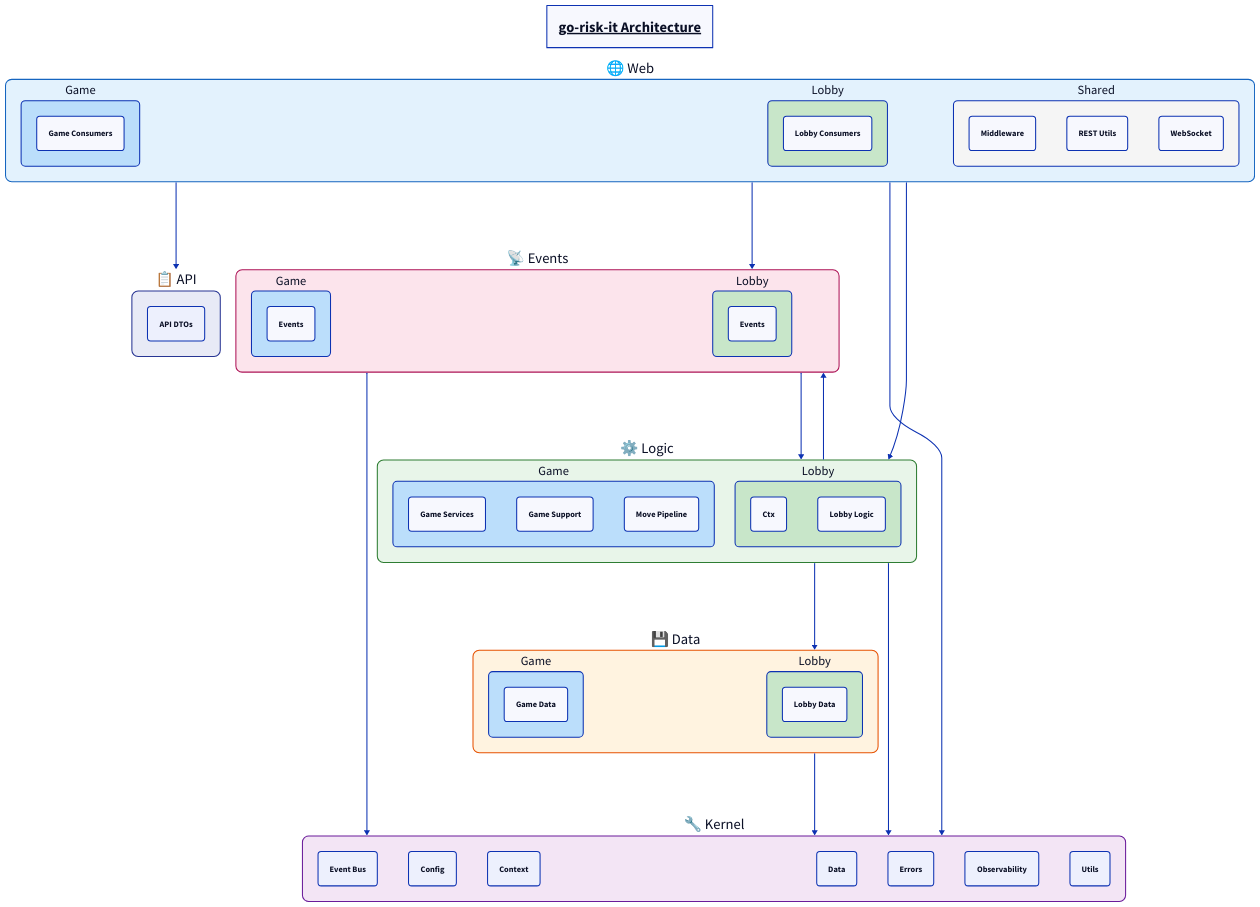
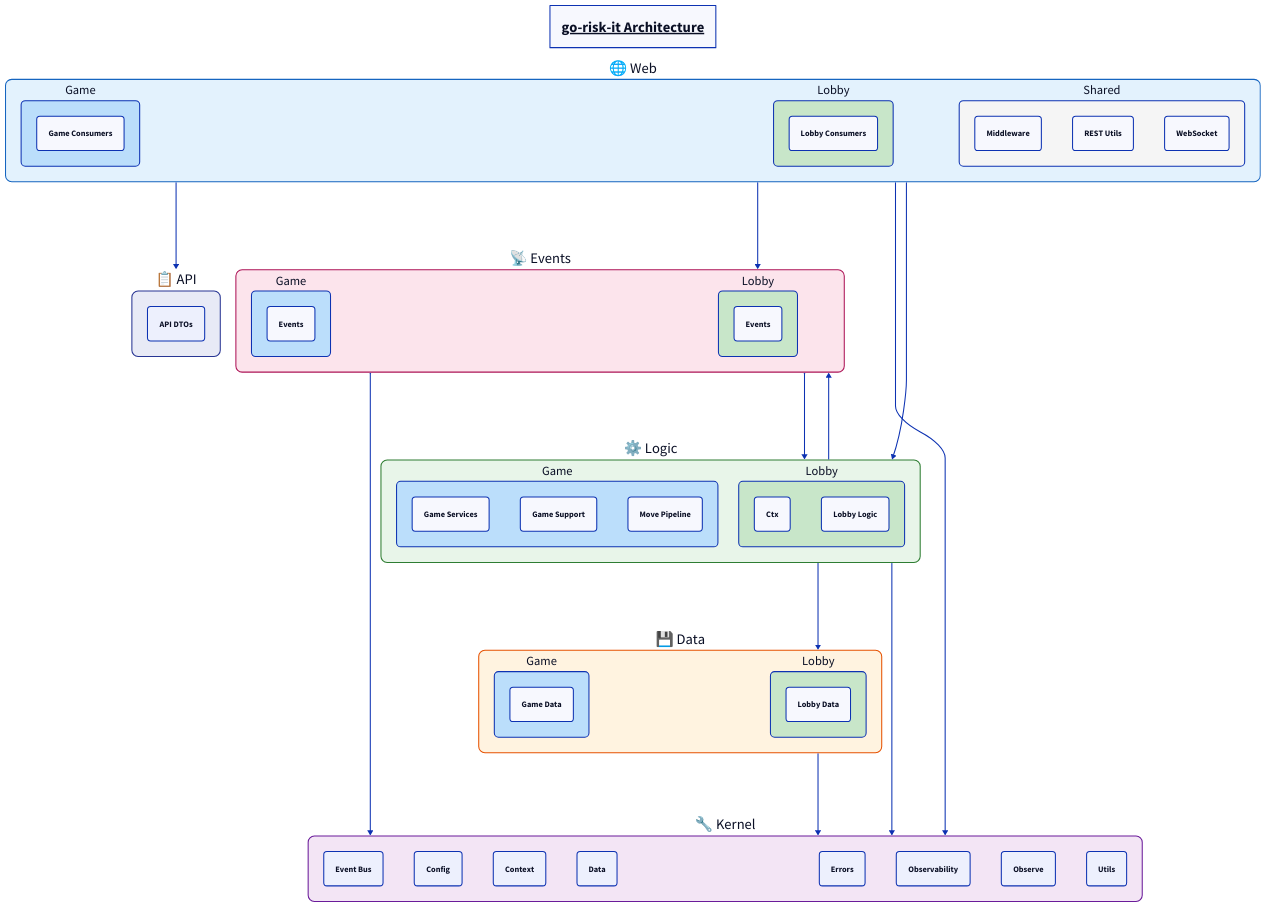
Before and after one commit to go-risk-it/go-risk-it: the diagram in docs/architecture-diagram.d2, drawn with D2. The commit also changed 113 other files, not shown here.

```diff
--- a/docs/architecture-diagram.d2
+++ b/docs/architecture-diagram.d2
@@ -1,160 +1,163 @@
 # Architecture diagram — auto-generated by cmd/archdiagram.
 # Do not edit manually; run 'make diagrams' to regenerate.
 
 title: go-risk-it Architecture {
   near: top-center
   style.font-size: 28
   style.underline: true
 }
 
 direction: down
 
 api: "📋 API" {
   style.fill: "#E8EAF6"
   style.stroke: "#283593"
   style.border-radius: 12
   api_dtos: "API DTOs" {
     style.border-radius: 6
   }
 }
 
 web: "🌐 Web" {
   style.fill: "#E3F2FD"
   style.stroke: "#1565C0"
   style.border-radius: 12
   game: "Game" {
     style.fill: "#BBDEFB"
     style.border-radius: 8
     game_consumers: "Game Consumers" {
       style.border-radius: 6
     }
   }
   lobby: "Lobby" {
     style.fill: "#C8E6C9"
     style.border-radius: 8
     lobby_consumers: "Lobby Consumers" {
       style.border-radius: 6
     }
   }
   shared: "Shared" {
     style.fill: "#F5F5F5"
     style.border-radius: 8
     middleware: "Middleware" {
       style.border-radius: 6
     }
     rest_utils: "REST Utils" {
       style.border-radius: 6
     }
     websocket: "WebSocket" {
       style.border-radius: 6
     }
   }
 }
 
 events: "📡 Events" {
   style.fill: "#FCE4EC"
   style.stroke: "#AD1457"
   style.border-radius: 12
   game: "Game" {
     style.fill: "#BBDEFB"
     style.border-radius: 8
     game_events: "Events" {
       style.border-radius: 6
     }
   }
   lobby: "Lobby" {
     style.fill: "#C8E6C9"
     style.border-radius: 8
     lobby_events: "Events" {
       style.border-radius: 6
     }
   }
 }
 
 logic: "⚙️ Logic" {
   style.fill: "#E8F5E9"
   style.stroke: "#2E7D32"
   style.border-radius: 12
   game: "Game" {
     style.fill: "#BBDEFB"
     style.border-radius: 8
     game_services: "Game Services" {
       style.border-radius: 6
     }
     game_support: "Game Support" {
       style.border-radius: 6
     }
     move_pipeline: "Move Pipeline" {
       style.border-radius: 6
     }
   }
   lobby: "Lobby" {
     style.fill: "#C8E6C9"
     style.border-radius: 8
     lobby_ctx: "Ctx" {
       style.border-radius: 6
     }
     lobby_logic: "Lobby Logic" {
       style.border-radius: 6
     }
   }
 }
 
 data: "💾 Data" {
   style.fill: "#FFF3E0"
   style.stroke: "#E65100"
   style.border-radius: 12
   game: "Game" {
     style.fill: "#BBDEFB"
     style.border-radius: 8
     game_data: "Game Data" {
       style.border-radius: 6
     }
   }
   lobby: "Lobby" {
     style.fill: "#C8E6C9"
     style.border-radius: 8
     lobby_data: "Lobby Data" {
       style.border-radius: 6
     }
   }
 }
 
 kernel: "🔧 Kernel" {
   style.fill: "#F3E5F5"
   style.stroke: "#6A1B9A"
   style.border-radius: 12
   kernel_bus: "Event Bus" {
     style.border-radius: 6
   }
   kernel_config: "Config" {
     style.border-radius: 6
   }
   kernel_ctx: "Context" {
     style.border-radius: 6
   }
   kernel_data: "Data" {
     style.border-radius: 6
   }
   kernel_errors: "Errors" {
     style.border-radius: 6
   }
   kernel_observability: "Observability" {
     style.border-radius: 6
   }
+  kernel_observe: "Observe" {
+    style.border-radius: 6
+  }
   kernel_utils: "Utils" {
     style.border-radius: 6
   }
 }
 
 # Cross-layer dependencies (container-to-container)
 data -> kernel
 events -> kernel
 events -> logic
 logic -> data
 logic -> events
 logic -> kernel
 web -> api
 web -> events
 web -> kernel
 web -> logic
```
